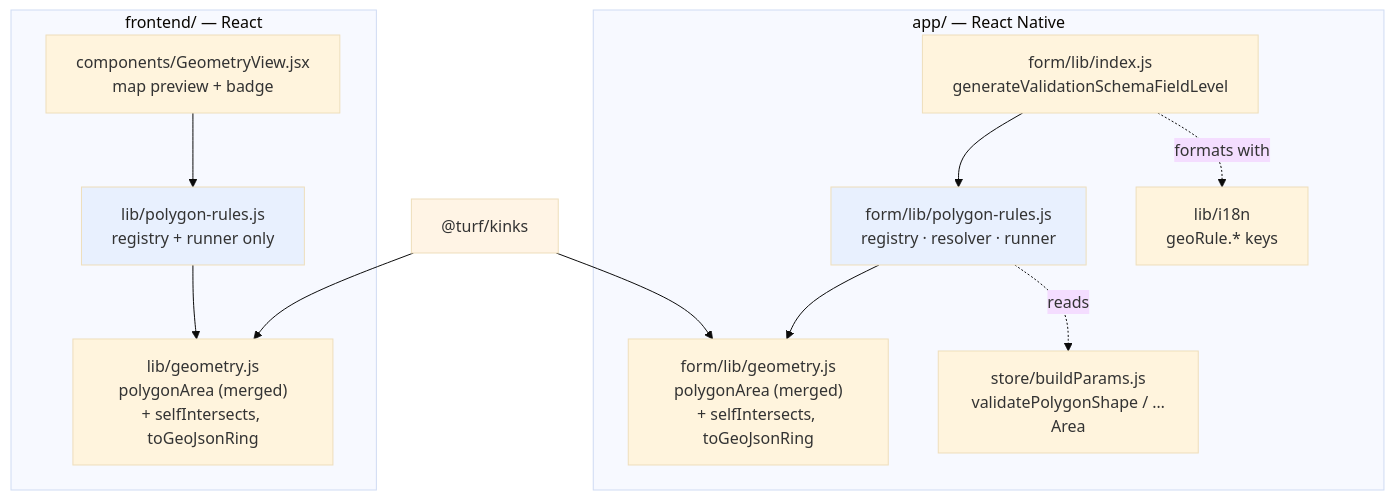
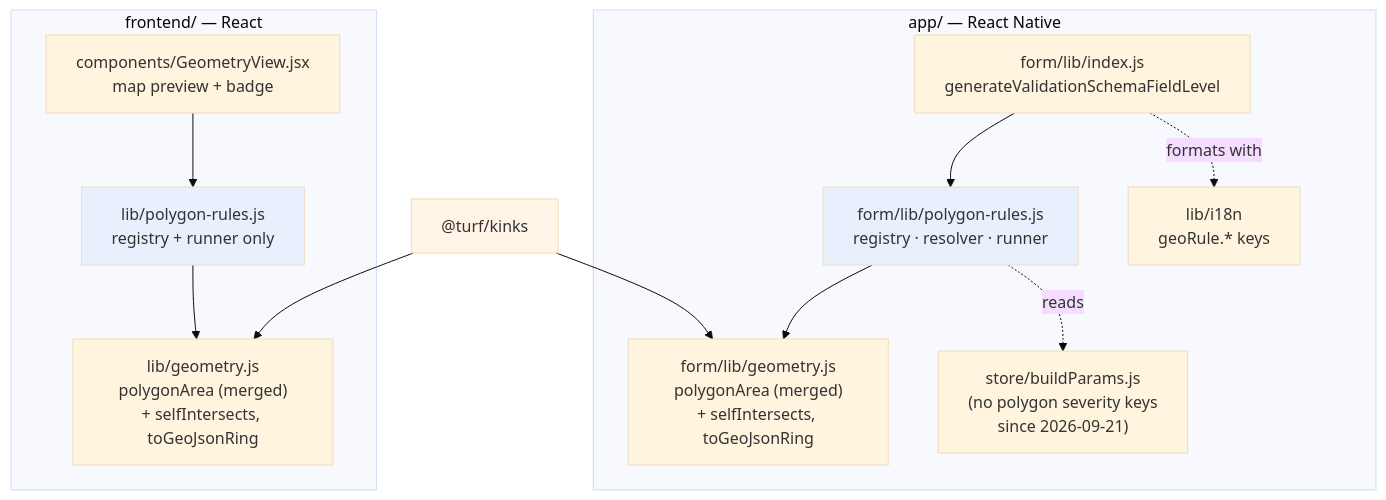
One commit to akvo/akvo-mis changed the first of 4 diagrams in doc/design/GEO-013-polygon-validation-architecture.md. Above: the diagram before and after it, drawn with Mermaid (base theme). The commit also changed other lines of this file and 19 other files, not shown here.

````diff
--- a/doc/design/GEO-013-polygon-validation-architecture.md
+++ b/doc/design/GEO-013-polygon-validation-architecture.md
@@ -266,29 +287,29 @@
 ```mermaid
 graph TD
   subgraph app["app/ — React Native"]
     A1["form/lib/polygon-rules.js<br/>registry · resolver · runner"]
     A2["form/lib/geometry.js<br/>polygonArea (merged)<br/>+ selfIntersects, toGeoJsonRing"]
     A3["form/lib/index.js<br/>generateValidationSchemaFieldLevel"]
-    A4["store/buildParams.js<br/>validatePolygonShape / …Area"]
+    A4["store/buildParams.js<br/>(no polygon severity keys<br/>since 2026-09-21)"]
     A5["lib/i18n<br/>geoRule.* keys"]
     A1 --> A2
     A3 --> A1
     A1 -.reads.-> A4
     A3 -.formats with.-> A5
   end
 
   subgraph fe["frontend/ — React"]
     F1["lib/polygon-rules.js<br/>registry + runner only"]
     F2["lib/geometry.js<br/>polygonArea (merged)<br/>+ selfIntersects, toGeoJsonRing"]
     F3["components/GeometryView.jsx<br/>map preview + badge"]
     F1 --> F2
     F3 --> F1
   end
 
   T["@turf/kinks"] --> A2
   T --> F2
 
   style A1 fill:#e8f0fe
   style F1 fill:#e8f0fe
   style T fill:#fff4e5
 ```
````
